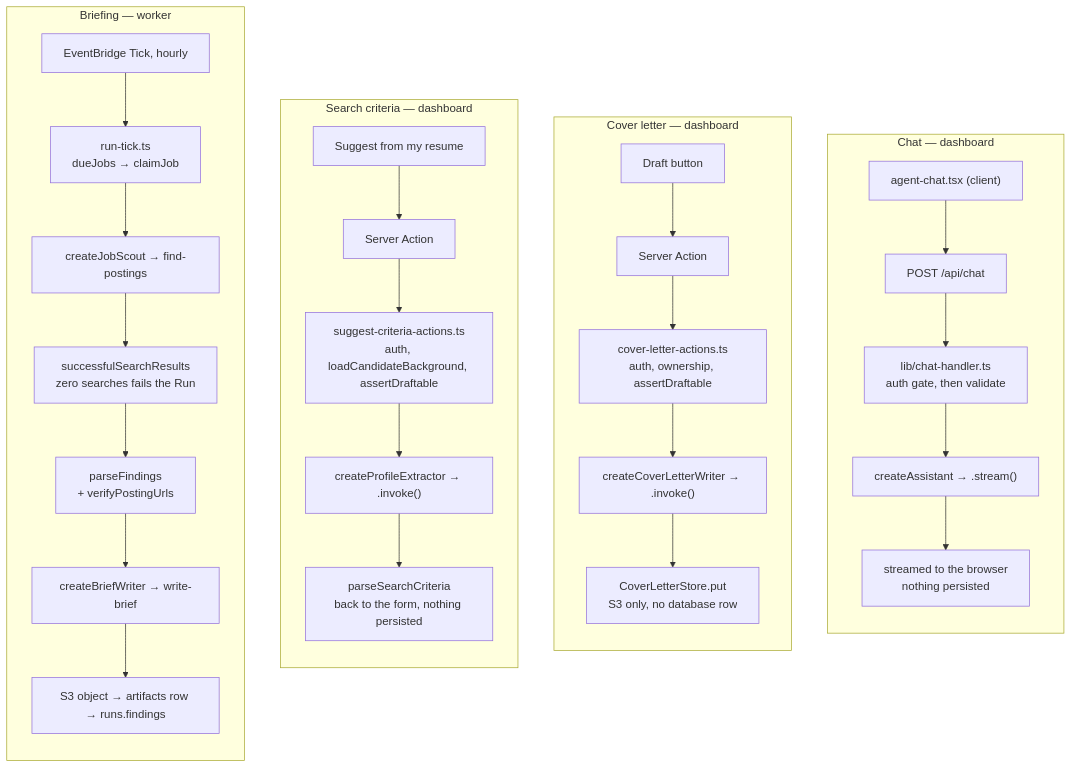
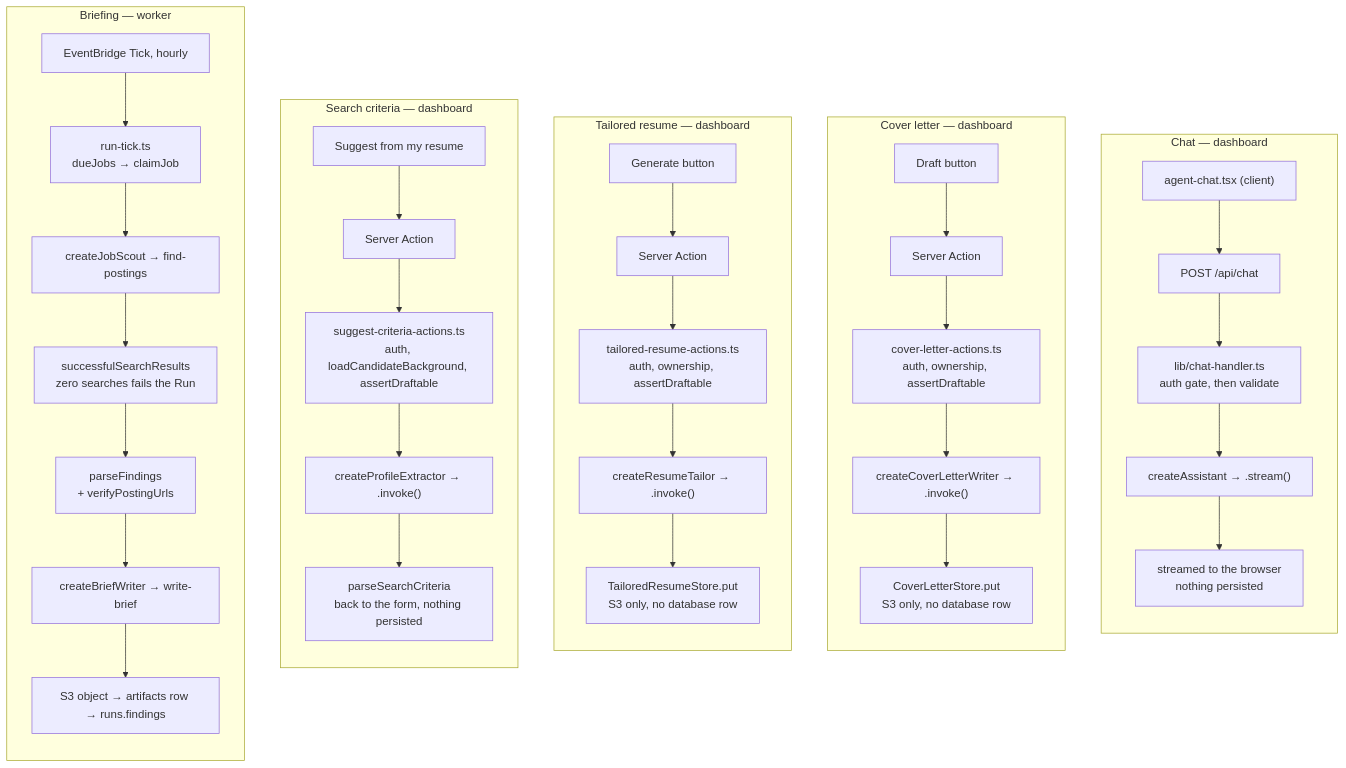
One commit to sunnyeyles/control-panel changed the fourth of 5 diagrams in docs/agent-architecture.md. Above: the diagram before and after it, drawn with Mermaid. The commit also changed other lines of this file and 46 other files, not shown here.

First line of the commit message:
Tailor the candidate's resume to one posting

````diff
--- a/docs/agent-architecture.md
+++ b/docs/agent-architecture.md
@@ -238,36 +249,44 @@
 ```mermaid
 flowchart TD
     subgraph chat ["Chat — dashboard"]
         direction TB
         C1["agent-chat.tsx (client)"] --> C2["POST /api/chat"]
         C2 --> C3["lib/chat-handler.ts<br/>auth gate, then validate"]
         C3 --> C4["createAssistant → .stream()"]
         C4 --> C5["streamed to the browser<br/>nothing persisted"]
     end
 
     subgraph letter ["Cover letter — dashboard"]
         direction TB
         L1["Draft button"] --> L2["Server Action"]
         L2 --> L3["cover-letter-actions.ts<br/>auth, ownership, assertDraftable"]
         L3 --> L4["createCoverLetterWriter → .invoke()"]
         L4 --> L5["CoverLetterStore.put<br/>S3 only, no database row"]
+    end
+
+    subgraph resume ["Tailored resume — dashboard"]
+        direction TB
+        R1["Generate button"] --> R2["Server Action"]
+        R2 --> R3["tailored-resume-actions.ts<br/>auth, ownership, assertDraftable"]
+        R3 --> R4["createResumeTailor → .invoke()"]
+        R4 --> R5["TailoredResumeStore.put<br/>S3 only, no database row"]
     end
 
     subgraph criteria ["Search criteria — dashboard"]
         direction TB
         S1["Suggest from my resume"] --> S2["Server Action"]
         S2 --> S3["suggest-criteria-actions.ts<br/>auth, loadCandidateBackground, assertDraftable"]
         S3 --> S4["createProfileExtractor → .invoke()"]
         S4 --> S5["parseSearchCriteria<br/>back to the form, nothing persisted"]
     end
 
     subgraph brief ["Briefing — worker"]
         direction TB
         B1["EventBridge Tick, hourly"] --> B2["run-tick.ts<br/>dueJobs → claimJob"]
         B2 --> B3["createJobScout → find-postings"]
         B3 --> B4["successfulSearchResults<br/>zero searches fails the Run"]
         B4 --> B5["parseFindings<br/>+ verifyPostingUrls"]
         B5 --> B6["createBriefWriter → write-brief"]
         B6 --> B7["S3 object → artifacts row → runs.findings"]
     end
 ```
````
